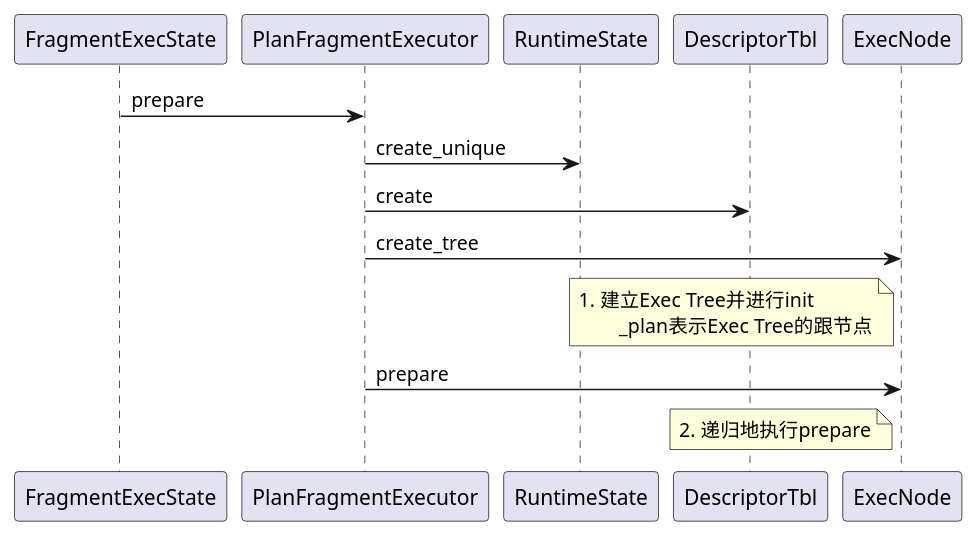
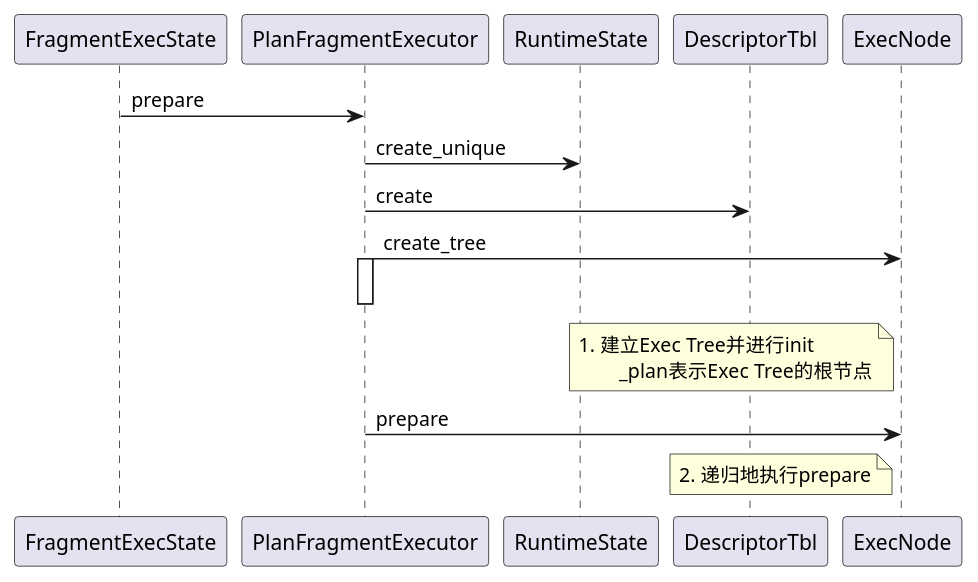
Before and after one commit to DepInjoy/geektime: the third of 6 diagrams in doc/DB/Doris/SourceRead/12_01_Exec_Volcano.md, drawn with PlantUML. The commit also changed other lines of this file, not shown here.

````diff
--- a/doc/DB/Doris/SourceRead/12_01_Exec_Volcano.md
+++ b/doc/DB/Doris/SourceRead/12_01_Exec_Volcano.md
@@ -64,13 +87,15 @@
 ```plantuml
 @startuml
 FragmentExecState -> PlanFragmentExecutor:prepare
 PlanFragmentExecutor -> RuntimeState:create_unique
 PlanFragmentExecutor -> DescriptorTbl:create
 
 PlanFragmentExecutor -> ExecNode:create_tree
-note left of ExecNode : 1. 建立Exec Tree并进行init\n\t_plan表示Exec Tree的跟节点
+activate PlanFragmentExecutor
+note left of ExecNode : 1. 建立Exec Tree并进行init\n\t_plan表示Exec Tree的根节点
+deactivate PlanFragmentExecutor
 
 PlanFragmentExecutor -> ExecNode:prepare
 note left of ExecNode: 2. 递归地执行prepare
 @enduml
 ```
````
